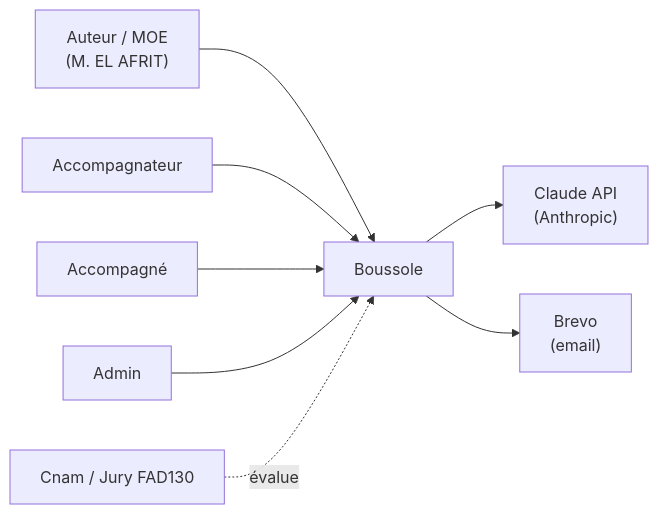
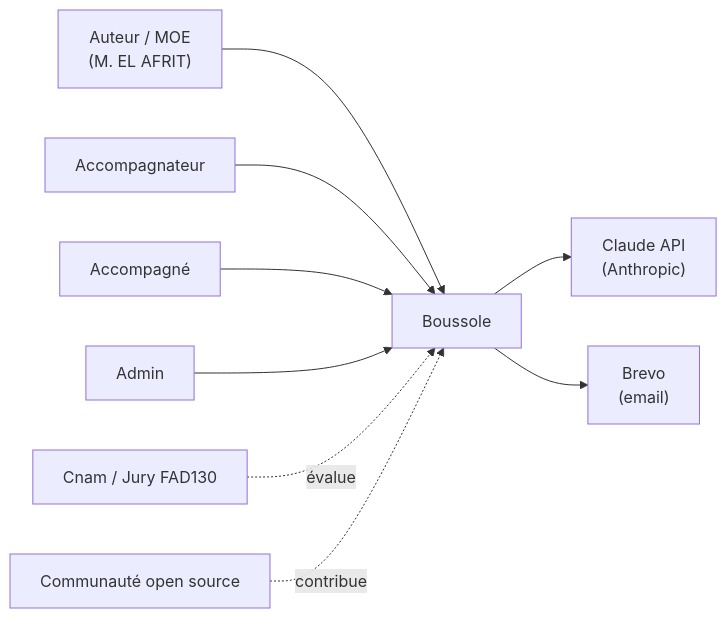
The third of 4 diagrams in app/api/src/wiki/content/executive-summary.md (melafrit/FAD130_accompagnement_pro), drawn with Mermaid before and after one commit. The commit also changed other lines of this file and 14 other files, not shown here.

````diff
--- a/app/api/src/wiki/content/executive-summary.md
+++ b/app/api/src/wiki/content/executive-summary.md
@@ -126,10 +142,11 @@
 ```mermaid
 graph LR
     AUT["Auteur / MOE<br/>(M. EL AFRIT)"] --> APP[Boussole]
     ACC["Accompagnateur"] --> APP
     ACE["Accompagné"] --> APP
     ADM["Admin"] --> APP
     APP --> CLA["Claude API<br/>(Anthropic)"]
     APP --> BRV["Brevo<br/>(email)"]
     CNAM["Cnam / Jury FAD130"] -.évalue.-> APP
+    OSS["Communauté open source"] -.contribue.-> APP
 ```
````
